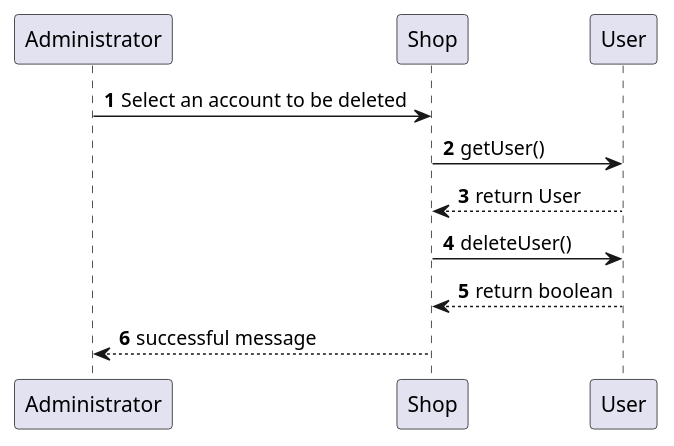
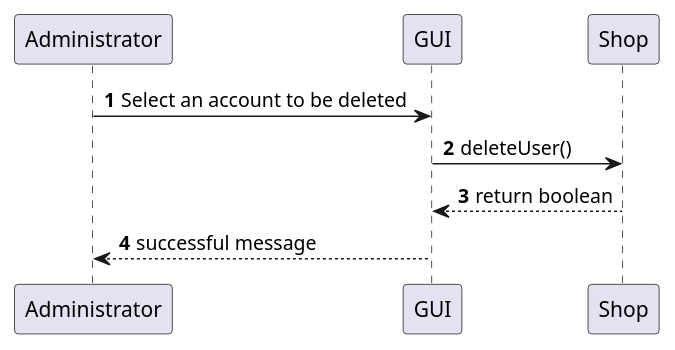
One commit to Stormz4/group20-EzShop changed the eighth of 20 diagrams in Deliverables/DesignDocument.md. Above: the diagram before and after it, drawn with PlantUML. The commit also changed other lines of this file, not shown here.

````diff
--- a/Deliverables/DesignDocument.md
+++ b/Deliverables/DesignDocument.md
@@ -380,11 +385,9 @@
 ```plantuml
 @startuml
 autonumber
-Administrator -> Shop: Select an account to be deleted
-Shop -> User: getUser()
-User --> Shop: return User
-Shop -> User: deleteUser()
-User --> Shop: return boolean
-Shop --> Administrator: successful message
+Administrator -> GUI: Select an account to be deleted
+GUI -> Shop: deleteUser()
+Shop --> GUI: return boolean
+GUI --> Administrator: successful message
 @enduml
 ```
````
